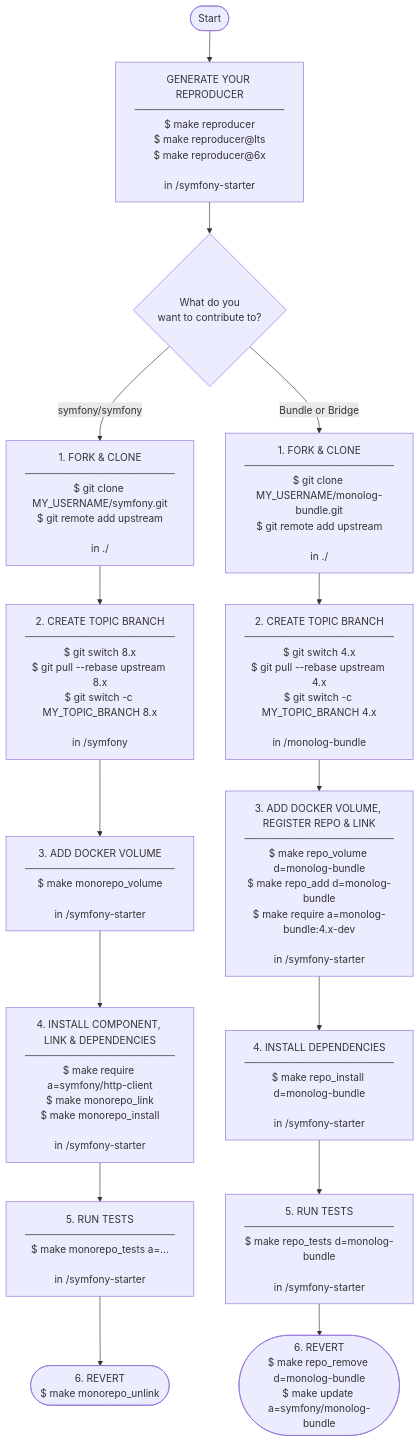
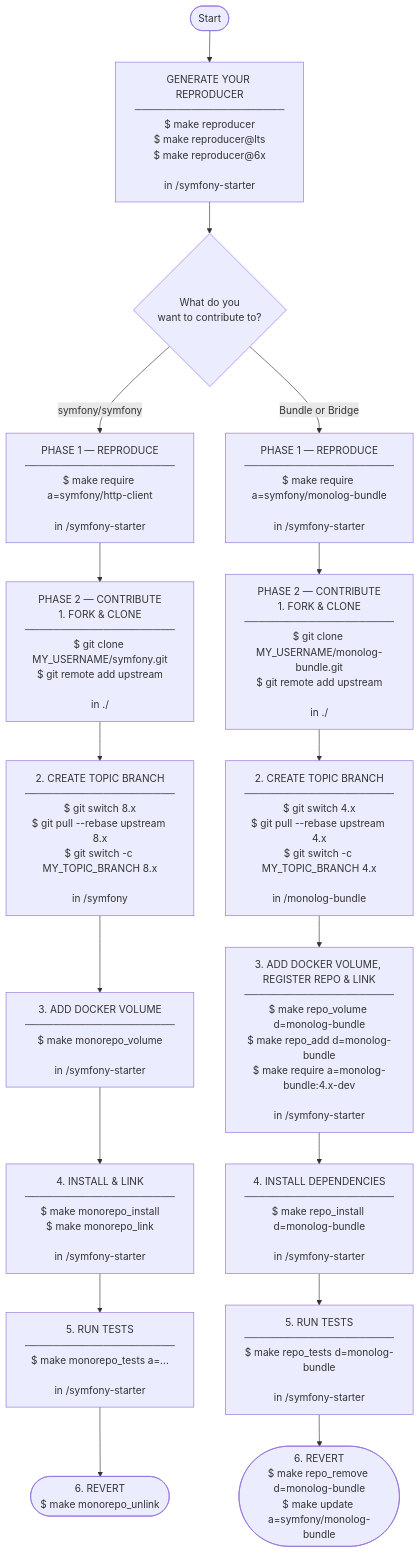
The diagram in .starter/docs/contrib.md (jprivet-dev/symfony-starter), drawn with Mermaid before and after one commit. The commit also changed other lines of this file, not shown here.

````diff
--- a/.starter/docs/contrib.md
+++ b/.starter/docs/contrib.md
@@ -238,32 +256,26 @@
 ```mermaid
 flowchart TD
   START([Start]) --> REPRODUCER
   REPRODUCER["GENERATE YOUR REPRODUCER\n─────────────────────\n$ make reproducer\n$ make reproducer@lts\n$ make reproducer@6x\n\nin /symfony-starter"]
   REPRODUCER --> CHOICE{What do you\nwant to contribute to?}
-  CHOICE -->|symfony/symfony| M1
-  CHOICE -->|Bundle or Bridge| B1
+  CHOICE -->|symfony/symfony| MP1
+  CHOICE -->|Bundle or Bridge| BP1
+
 %% ── MONOREPO WORKFLOW ──────────────────────────────────────
-  M1["1. FORK & CLONE\n─────────────────────\n$ git clone MY_USERNAME/symfony.git\n$ git remote add upstream\n\nin ./"]
-  M1 --> M2
-  M2["2. CREATE TOPIC BRANCH\n─────────────────────\n$ git switch 8.x\n$ git pull --rebase upstream 8.x\n$ git switch -c MY_TOPIC_BRANCH 8.x\n\nin /symfony"]
-  M2 --> M3
-  M3["3. ADD DOCKER VOLUME\n─────────────────────\n$ make monorepo_volume\n\nin /symfony-starter"]
-  M3 --> M4
-  M4["4. INSTALL COMPONENT, LINK & DEPENDENCIES\n─────────────────────\n$ make require a=symfony/http-client\n$ make monorepo_link\n$ make monorepo_install\n\nin /symfony-starter"]
-  M4 --> M5
-  M5["5. RUN TESTS\n─────────────────────\n$ make monorepo_tests a=...\n\nin /symfony-starter"]
-  M5 --> M6
-  M6(["6. REVERT\n$ make monorepo_unlink"])
+  MP1["PHASE 1 — REPRODUCE\n─────────────────────\n$ make require a=symfony/http-client\n\nin /symfony-starter"]
+  MP1 --> MP2["PHASE 2 — CONTRIBUTE\n1. FORK & CLONE\n─────────────────────\n$ git clone MY_USERNAME/symfony.git\n$ git remote add upstream\n\nin ./"]
+  MP2 --> M2["2. CREATE TOPIC BRANCH\n─────────────────────\n$ git switch 8.x\n$ git pull --rebase upstream 8.x\n$ git switch -c MY_TOPIC_BRANCH 8.x\n\nin /symfony"]
+  M2 --> M3["3. ADD DOCKER VOLUME\n─────────────────────\n$ make monorepo_volume\n\nin /symfony-starter"]
+  M3 --> M4["4. INSTALL & LINK\n─────────────────────\n$ make monorepo_install\n$ make monorepo_link\n\nin /symfony-starter"]
+  M4 --> M5["5. RUN TESTS\n─────────────────────\n$ make monorepo_tests a=...\n\nin /symfony-starter"]
+  M5 --> M6(["6. REVERT\n$ make monorepo_unlink"])
+
 %% ── BUNDLE WORKFLOW ────────────────────────────────────────
-  B1["1. FORK & CLONE\n─────────────────────\n$ git clone MY_USERNAME/monolog-bundle.git\n$ git remote add upstream\n\nin ./"]
-  B1 --> B2
-  B2["2. CREATE TOPIC BRANCH\n─────────────────────\n$ git switch 4.x\n$ git pull --rebase upstream 4.x\n$ git switch -c MY_TOPIC_BRANCH 4.x\n\nin /monolog-bundle"]
-  B2 --> B3
-  B3["3. ADD DOCKER VOLUME, REGISTER REPO & LINK\n─────────────────────\n$ make repo_volume d=monolog-bundle\n$ make repo_add d=monolog-bundle\n$ make require a=monolog-bundle:4.x-dev\n\nin /symfony-starter"]
-  B3 --> B4
-  B4["4. INSTALL DEPENDENCIES\n─────────────────────\n$ make repo_install d=monolog-bundle\n\nin /symfony-starter"]
-  B4 --> B5
-  B5["5. RUN TESTS\n─────────────────────\n$ make repo_tests d=monolog-bundle\n\nin /symfony-starter"]
-  B5 --> B6
-  B6(["6. REVERT\n$ make repo_remove d=monolog-bundle\n$ make update a=symfony/monolog-bundle"])
+  BP1["PHASE 1 — REPRODUCE\n─────────────────────\n$ make require a=symfony/monolog-bundle\n\nin /symfony-starter"]
+  BP1 --> BP2["PHASE 2 — CONTRIBUTE\n1. FORK & CLONE\n─────────────────────\n$ git clone MY_USERNAME/monolog-bundle.git\n$ git remote add upstream\n\nin ./"]
+  BP2 --> B2["2. CREATE TOPIC BRANCH\n─────────────────────\n$ git switch 4.x\n$ git pull --rebase upstream 4.x\n$ git switch -c MY_TOPIC_BRANCH 4.x\n\nin /monolog-bundle"]
+  B2 --> B3["3. ADD DOCKER VOLUME, REGISTER REPO & LINK\n─────────────────────\n$ make repo_volume d=monolog-bundle\n$ make repo_add d=monolog-bundle\n$ make require a=monolog-bundle:4.x-dev\n\nin /symfony-starter"]
+  B3 --> B4["4. INSTALL DEPENDENCIES\n─────────────────────\n$ make repo_install d=monolog-bundle\n\nin /symfony-starter"]
+  B4 --> B5["5. RUN TESTS\n─────────────────────\n$ make repo_tests d=monolog-bundle\n\nin /symfony-starter"]
+  B5 --> B6(["6. REVERT\n$ make repo_remove d=monolog-bundle\n$ make update a=symfony/monolog-bundle"])
 ```
````
